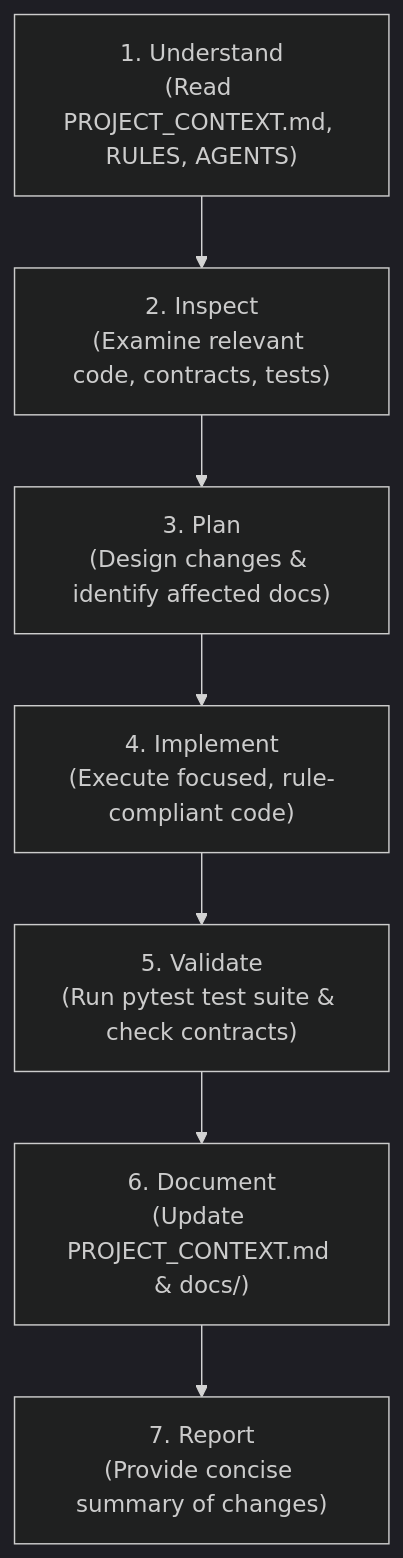
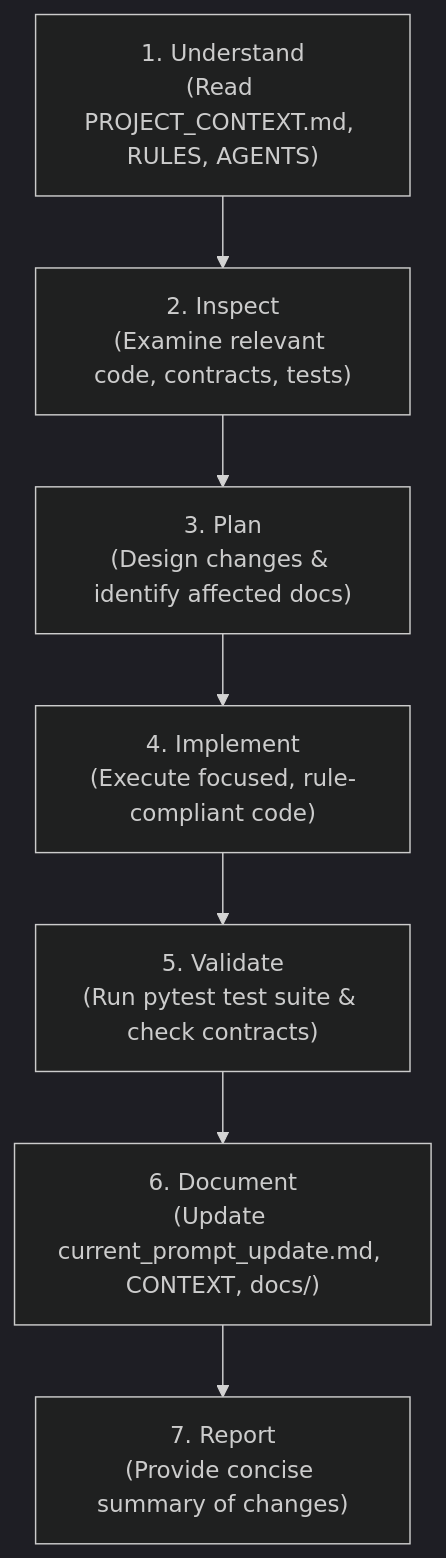
Before and after one commit to vishesh-ienc/QNetra: the diagram in AGENTS.md, drawn with Mermaid (dark theme). The commit also changed other lines of this file and 24 other files, not shown here.

````diff
--- a/AGENTS.md
+++ b/AGENTS.md
@@ -112,9 +114,9 @@
 ```mermaid
 flowchart TD
     S1["1. Understand<br/>(Read PROJECT_CONTEXT.md, RULES, AGENTS)"] --> S2["2. Inspect<br/>(Examine relevant code, contracts, tests)"]
     S2 --> S3["3. Plan<br/>(Design changes & identify affected docs)"]
     S3 --> S4["4. Implement<br/>(Execute focused, rule-compliant code)"]
     S4 --> S5["5. Validate<br/>(Run pytest test suite & check contracts)"]
-    S5 --> S6["6. Document<br/>(Update PROJECT_CONTEXT.md & docs/)"]
+    S5 --> S6["6. Document<br/>(Update current_prompt_update.md, CONTEXT, docs/)"]
     S6 --> S7["7. Report<br/>(Provide concise summary of changes)"]
 ```
````
